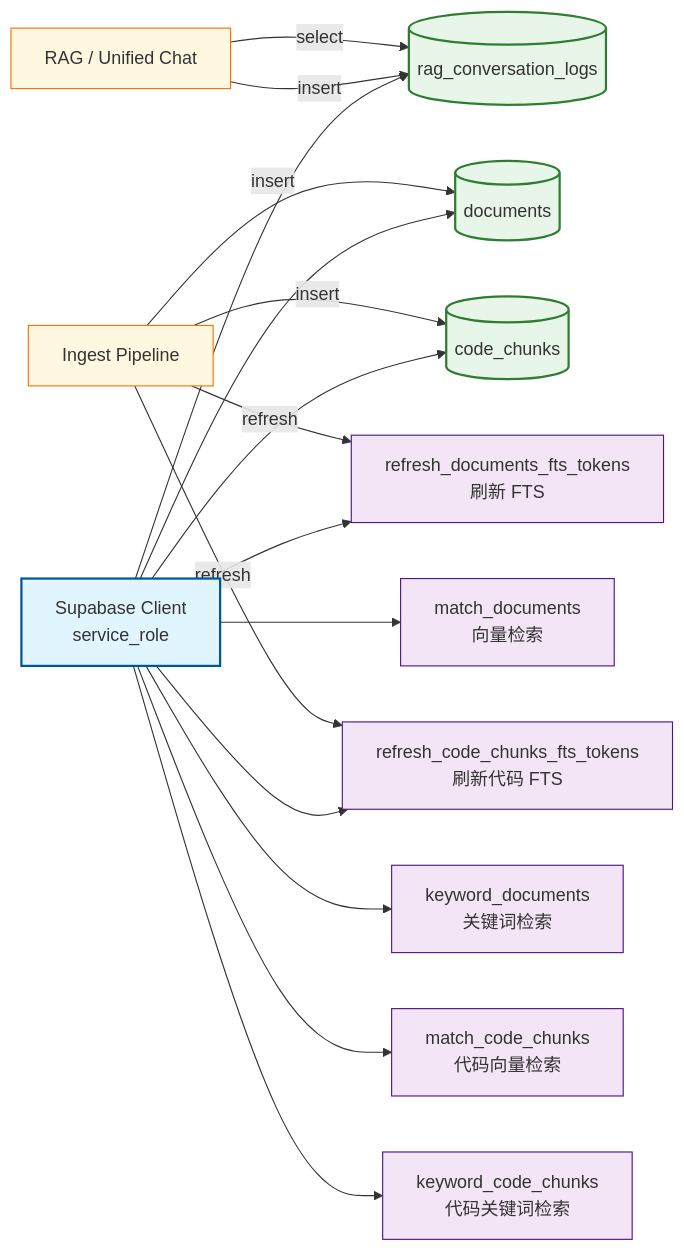
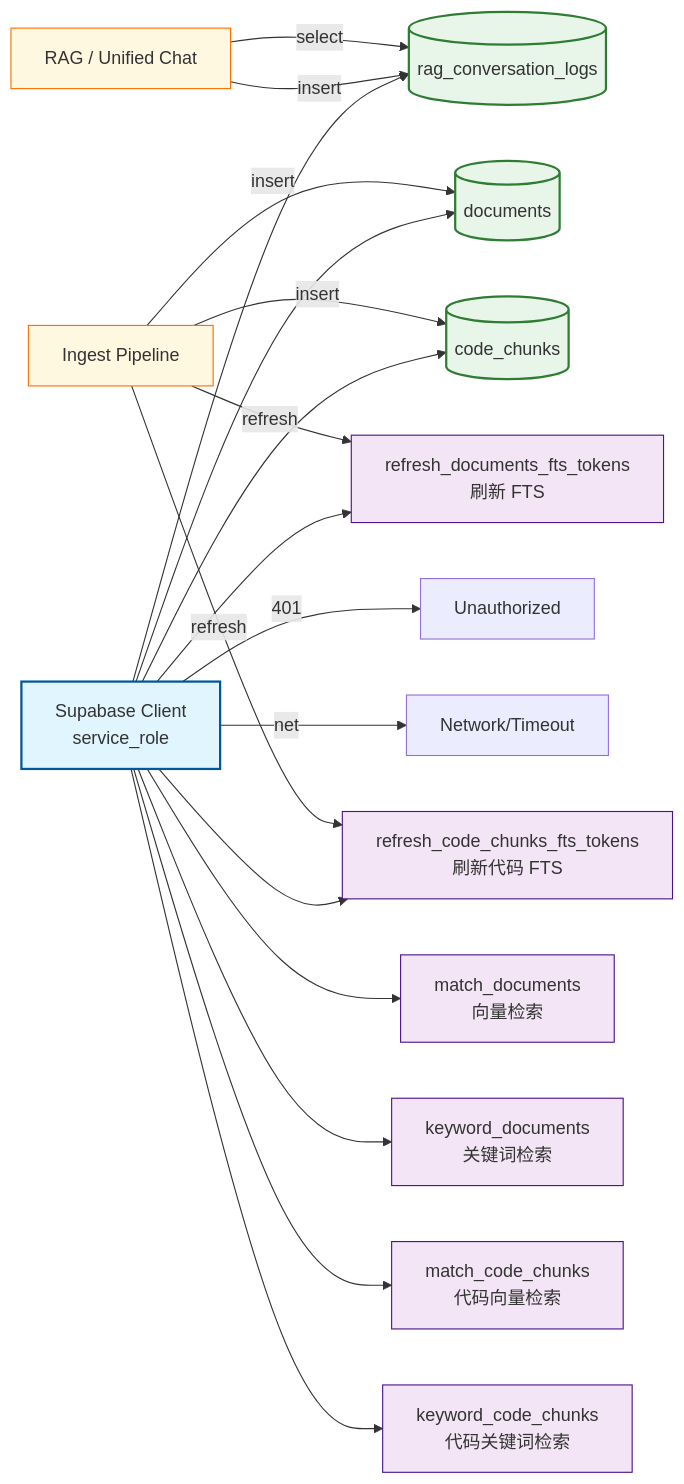
One commit to Cyning12/ai-ink-brain-api-python changed the diagram in docs/_tech_graph/13_flow_supabase_rpc.md. Above: the diagram before and after it, drawn with Mermaid. The commit also changed 12 other files, not shown here.

First line of the commit message:
docs(tech-graph): finalize P2 runtime view and failure paths

````diff
--- a/docs/_tech_graph/13_flow_supabase_rpc.md
+++ b/docs/_tech_graph/13_flow_supabase_rpc.md
@@ -1,40 +1,42 @@
 ```mermaid
 flowchart LR
     %% Supabase RPC + Tables (service_role)
 
     %% 连接层
     SB[Supabase Client<br/>service_role] --> D[(documents)]
     SB --> C[(code_chunks)]
     SB --> L[(rag_conversation_logs)]
+    SB -->|401| E1[Unauthorized]
+    SB -->|net| E2[Network/Timeout]
 
     %% Documents RPC
     SB --> MD[match_documents<br/>向量检索]
     SB --> KD[keyword_documents<br/>关键词检索]
     SB --> RD[refresh_documents_fts_tokens<br/>刷新 FTS]
 
     %% CodeChunks RPC
     SB --> MC[match_code_chunks<br/>代码向量检索]
     SB --> KC[keyword_code_chunks<br/>代码关键词检索]
     SB --> RC[refresh_code_chunks_fts_tokens<br/>刷新代码 FTS]
 
     %% 写入流
     ING[Ingest Pipeline] -->|insert| D
     ING -->|insert| C
     ING -->|refresh| RD
     ING -->|refresh| RC
 
     %% 日志流
     CHAT[RAG / Unified Chat] -->|insert| L
     CHAT -->|select| L
 
     %% 样式
     classDef client fill:#e1f5fe,stroke:#01579b,stroke-width:2px
     classDef table fill:#e8f5e9,stroke:#2e7d32,stroke-width:2px
     classDef rpc fill:#f3e5f5,stroke:#4a148c,stroke-width:1px
     classDef pipeline fill:#fff8e1,stroke:#ff6f00,stroke-width:1px
 
     class SB client
     class D,C,L table
     class MD,KD,RD,MC,KC,RC rpc
     class ING,CHAT pipeline
 ```
````
